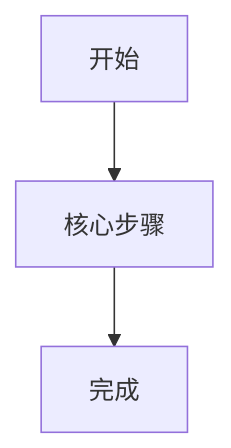
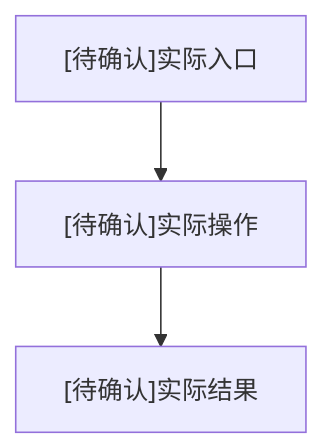
The diagram in assets/模板/端口产品视图/端口核心业务旅程模板.md (zahngpeng/build-product-doc), drawn with Mermaid before and after one commit. The commit also changed other lines of this file and 18 other files, not shown here.

````diff
--- a/assets/模板/端口产品视图/端口核心业务旅程模板.md
+++ b/assets/模板/端口产品视图/端口核心业务旅程模板.md
@@ -32,5 +41,5 @@
 ```mermaid
 flowchart TD
-    A["开始"] --> B["核心步骤"]
-    B --> C["完成"]
+    A["[待确认]实际入口"] --> B["[待确认]实际操作"]
+    B --> C["[待确认]实际结果"]
 ```
````
